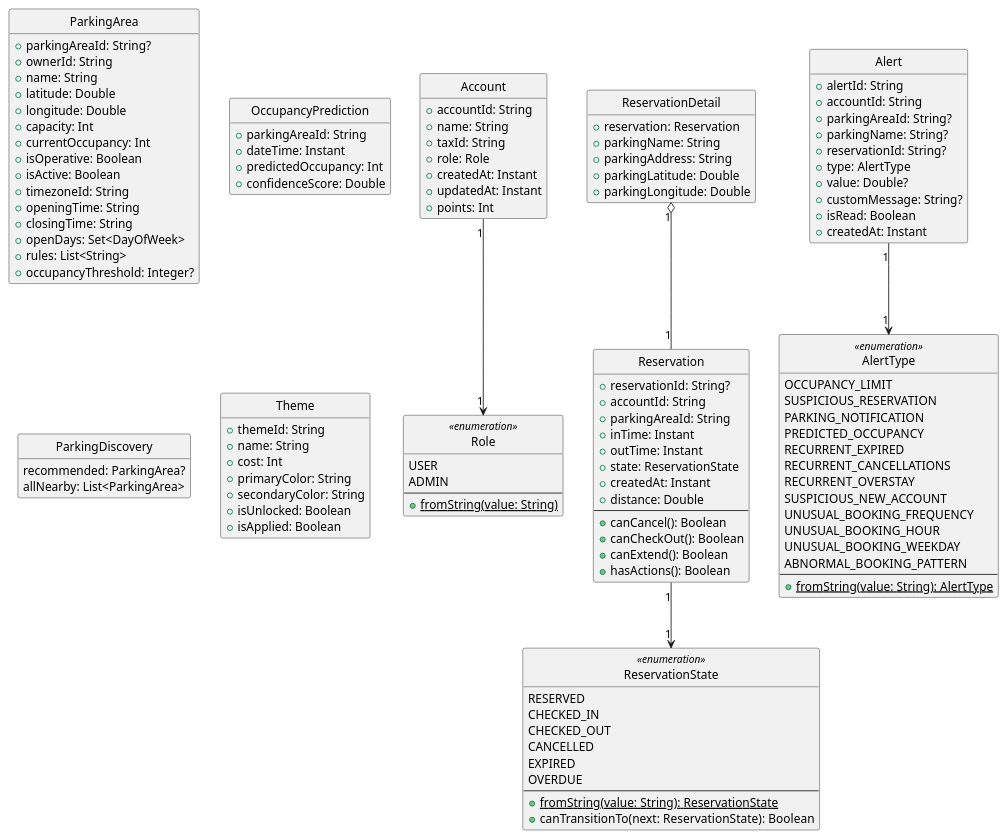
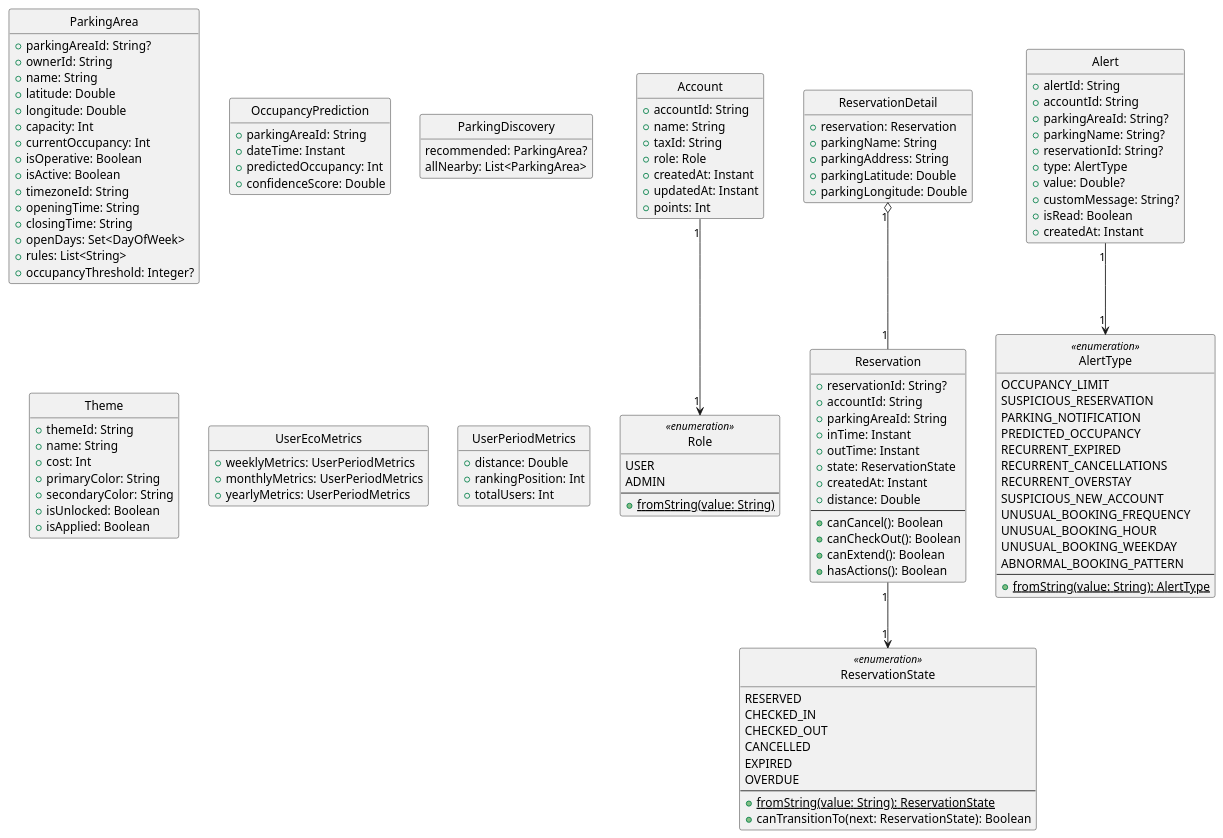
The diagram in docs/diseño/Diagramas de clases/Entidades de dominio.puml (mmmatanza/BikeParkingApp), drawn with PlantUML before and after one commit. The commit also changed 41 other files, not shown here.

```diff
--- a/docs/diseño/Diagramas de clases/Entidades de dominio.puml
+++ b/docs/diseño/Diagramas de clases/Entidades de dominio.puml
@@ -1,132 +1,144 @@
 @startuml domain_entities
 skinparam style strictuml
 skinparam linetype ortho
 hide empty members
 
 class Account {
     + accountId: String
     + name: String
     + taxId: String
     + role: Role
     + createdAt: Instant
     + updatedAt: Instant
     + points: Int
 }
 
 enum Role <<enumeration>> {
     USER
     ADMIN
     --
     {static} + fromString(value: String)
 }
 
 class ParkingArea {
     + parkingAreaId: String?
     + ownerId: String
     + name: String
     + latitude: Double
     + longitude: Double
     + capacity: Int
     + currentOccupancy: Int
     + isOperative: Boolean
     + isActive: Boolean
     + timezoneId: String
     + openingTime: String
     + closingTime: String
     + openDays: Set<DayOfWeek>
     + rules: List<String>
     + occupancyThreshold: Integer?
 }
 class Reservation {
     + reservationId: String?
     + accountId: String
     + parkingAreaId: String
     + inTime: Instant
     + outTime: Instant
     + state: ReservationState
     + createdAt: Instant
     + distance: Double
     --
     + canCancel(): Boolean
     + canCheckOut(): Boolean
     + canExtend(): Boolean
     + hasActions(): Boolean
 }
 
 enum ReservationState <<enumeration>> {
     RESERVED
     CHECKED_IN
     CHECKED_OUT
     CANCELLED
     EXPIRED
     OVERDUE
     --
     {static} + fromString(value: String): ReservationState
     + canTransitionTo(next: ReservationState): Boolean
 }
 
 class ReservationDetail {
     + reservation: Reservation
     + parkingName: String
     + parkingAddress: String
     + parkingLatitude: Double
     + parkingLongitude: Double
 }
 
 class Alert {
     + alertId: String
     + accountId: String
     + parkingAreaId: String?
     + parkingName: String?
     + reservationId: String?
     + type: AlertType
     + value: Double?
     + customMessage: String?
     + isRead: Boolean
     + createdAt: Instant
 }
 
 class OccupancyPrediction {
     + parkingAreaId: String
     + dateTime: Instant
     + predictedOccupancy: Int
     + confidenceScore: Double
 }
 
 enum AlertType <<enumeration>> {
     OCCUPANCY_LIMIT
     SUSPICIOUS_RESERVATION
     PARKING_NOTIFICATION
     PREDICTED_OCCUPANCY
     RECURRENT_EXPIRED
     RECURRENT_CANCELLATIONS
     RECURRENT_OVERSTAY
     SUSPICIOUS_NEW_ACCOUNT
     UNUSUAL_BOOKING_FREQUENCY
     UNUSUAL_BOOKING_HOUR
     UNUSUAL_BOOKING_WEEKDAY
     ABNORMAL_BOOKING_PATTERN
     --
     {static} + fromString(value: String): AlertType
 }
 
 class ParkingDiscovery{
     recommended: ParkingArea?
     allNearby: List<ParkingArea>
 }
 
 class Theme {
     + themeId: String
     + name: String
     + cost: Int
     + primaryColor: String
     + secondaryColor: String
     + isUnlocked: Boolean
     + isApplied: Boolean
 }
 
+class UserEcoMetrics {
+    + weeklyMetrics: UserPeriodMetrics
+    + monthlyMetrics: UserPeriodMetrics
+    + yearlyMetrics: UserPeriodMetrics
+}
+
+class UserPeriodMetrics {
+    + distance: Double
+    + rankingPosition: Int
+    + totalUsers: Int
+}
+
 Account "1" --> "1" Role
 Reservation "1" --> "1" ReservationState
 ReservationDetail "1" o-- "1" Reservation
 Alert "1" --> "1" AlertType
 @enduml
```
